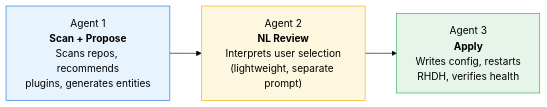
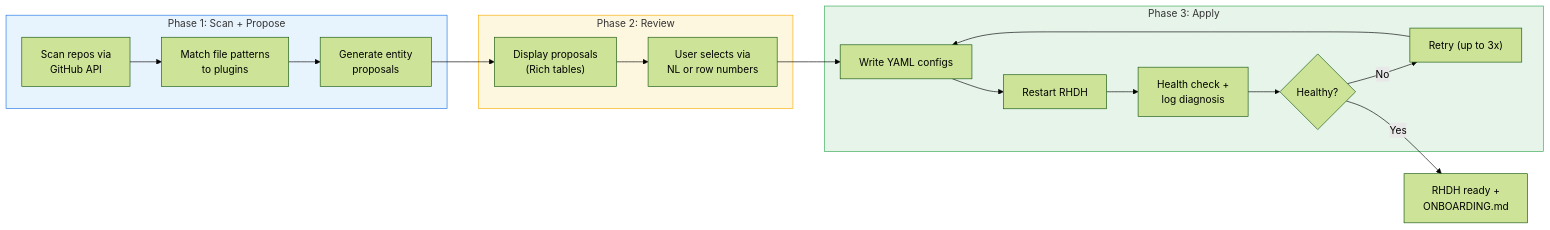
Before and after one commit to Fortune-Ndlovu/agentic-rhdh-local: the third of 3 diagrams in README.md, drawn with Mermaid (forest theme). The commit also changed other lines of this file, not shown here.

First line of the commit message:
Update README to clarify onboarding process and plugin proposal details

````diff
--- a/README.md
+++ b/README.md
@@ -93,9 +196,29 @@
 ```mermaid
 graph LR
-    A["Agent 1<br/><b>Scan + Propose</b><br/>Scans repos, recommends<br/>plugins, generates entities"] --> B["Agent 2<br/><b>NL Review</b><br/>Interprets user selection<br/>(lightweight, separate prompt)"]
-    B --> C["Agent 3<br/><b>Apply</b><br/>Writes config, restarts<br/>RHDH, verifies health"]
+    subgraph phase1["Phase 1: Scan + Propose"]
+        S1["Scan repos via<br/>GitHub API"]
+        S2["Match file patterns<br/>to plugins"]
+        S3["Generate entity<br/>proposals"]
+    end
 
-    style A fill:#e8f4fd,stroke:#1a73e8
-    style B fill:#fef7e0,stroke:#f9ab00
-    style C fill:#e6f4ea,stroke:#34a853
+    subgraph phase2["Phase 2: Review"]
+        R1["Display proposals<br/>(Rich tables)"]
+        R2["User selects via<br/>NL or row numbers"]
+    end
+
+    subgraph phase3["Phase 3: Apply"]
+        A1["Write YAML configs"]
+        A2["Restart RHDH"]
+        A3["Health check +<br/>log diagnosis"]
+        A4{"Healthy?"}
+        A5["Retry (up to 3x)"]
+    end
+
+    S1 --> S2 --> S3 --> R1 --> R2 --> A1 --> A2 --> A3 --> A4
+    A4 -->|No| A5 --> A1
+    A4 -->|Yes| Done["RHDH ready +<br/>ONBOARDING.md"]
+
+    style phase1 fill:#e8f4fd,stroke:#1a73e8
+    style phase2 fill:#fef7e0,stroke:#f9ab00
+    style phase3 fill:#e6f4ea,stroke:#34a853
 ```
````
